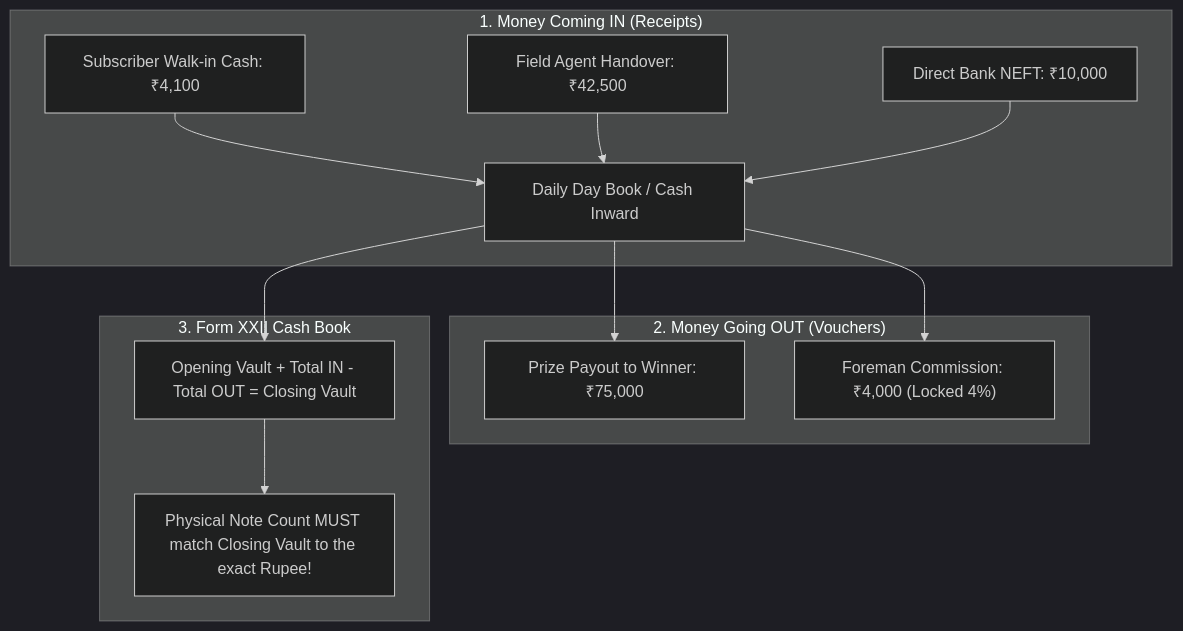
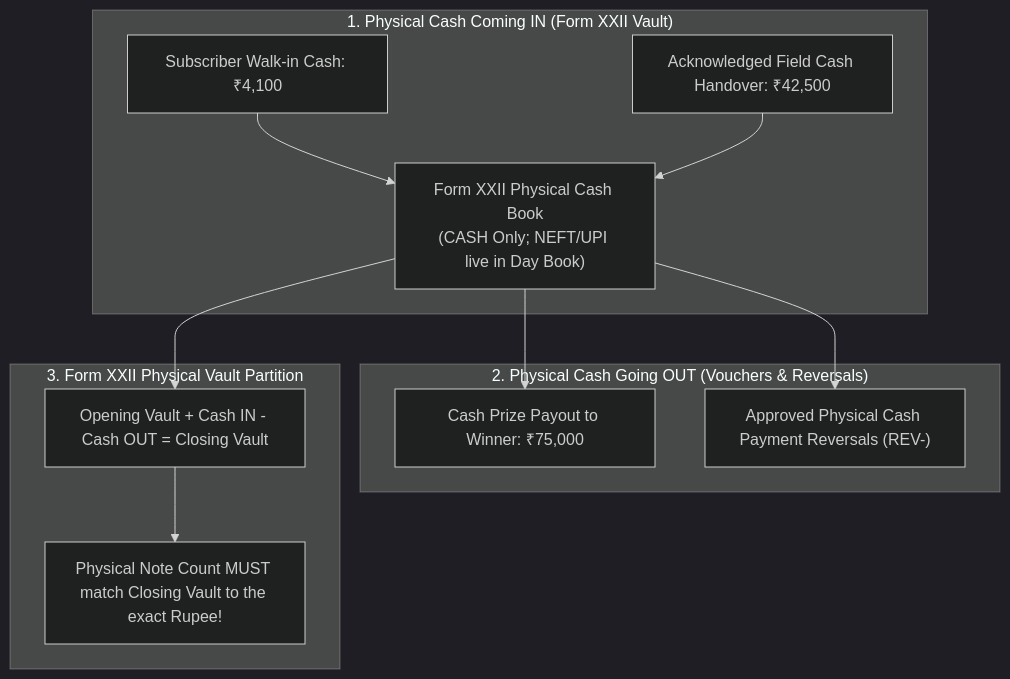
Before and after one commit to Kathir-24/Kumaran-finance: the first of 4 diagrams in docs/02-requirements/educational-guides/persona-2-desk-accountant.md, drawn with Mermaid (dark theme). The commit also changed other lines of this file and 4 other files, not shown here.

````diff
--- a/docs/02-requirements/educational-guides/persona-2-desk-accountant.md
+++ b/docs/02-requirements/educational-guides/persona-2-desk-accountant.md
@@ -29,18 +29,17 @@
 ```mermaid
 flowchart TD
-    subgraph INFLOW ["1. Money Coming IN (Receipts)"]
-        C1["Subscriber Walk-in Cash: ₹4,100"] --> DayBook["Daily Day Book / Cash Inward"]
-        C2["Field Agent Handover: ₹42,500"] --> DayBook
-        C3["Direct Bank NEFT: ₹10,000"] --> DayBook
+    subgraph INFLOW ["1. Physical Cash Coming IN (Form XXII Vault)"]
+        C1["Subscriber Walk-in Cash: ₹4,100"] --> CashBook["Form XXII Physical Cash Book\n(CASH Only; NEFT/UPI live in Day Book)"]
+        C2["Acknowledged Field Cash Handover: ₹42,500"] --> CashBook
     end
 
-    subgraph OUTFLOW ["2. Money Going OUT (Vouchers)"]
-        DayBook --> V1["Prize Payout to Winner: ₹75,000"]
-        DayBook --> V2["Foreman Commission: ₹4,000 (Locked 4%)"]
+    subgraph OUTFLOW ["2. Physical Cash Going OUT (Vouchers & Reversals)"]
+        CashBook --> V1["Cash Prize Payout to Winner: ₹75,000"]
+        CashBook --> V2["Approved Physical Cash Payment Reversals (REV-)"]
     end
 
-    subgraph RECONCILIATION ["3. Form XXII Cash Book"]
-        DayBook --> Bal["Opening Vault + Total IN - Total OUT = Closing Vault"]
+    subgraph RECONCILIATION ["3. Form XXII Physical Vault Partition"]
+        CashBook --> Bal["Opening Vault + Cash IN - Cash OUT = Closing Vault"]
         Bal --> PhysicalCount["Physical Note Count MUST match Closing Vault to the exact Rupee!"]
     end
 ```
````
